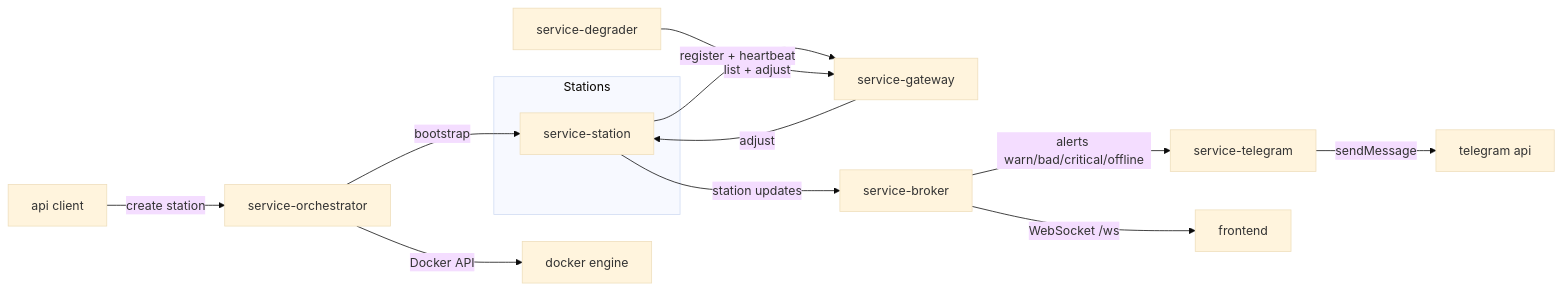
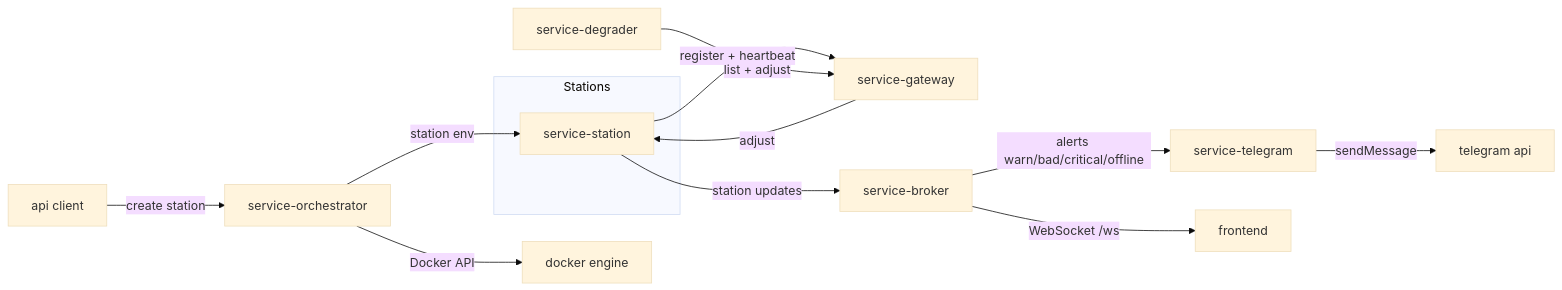
Before and after one commit to jseketa-fipu/vakula: the diagram in README.md, drawn with Mermaid (base theme). The commit also changed other lines of this file and 28 other files, not shown here.

````diff
--- a/README.md
+++ b/README.md
@@ -43,29 +43,29 @@
 ```mermaid
 flowchart LR
   subgraph Stations
     S[service-station]
   end
 
   GW[service-gateway]
   BR[service-broker]
   DG[service-degrader]
   TG[service-telegram]
   ORCH[service-orchestrator]
   FE[frontend]
   Client[api client]
   DOCKER[docker engine]
   TAPI[telegram api]
 
   S -->|register + heartbeat| GW
   DG -->|list + adjust| GW
   GW -->|adjust| S
 
   S -->|station updates| BR
   BR -->|WebSocket /ws| FE
   BR -->|alerts warn/bad/critical/offline| TG
   TG -->|sendMessage| TAPI
 
   Client -->|create station| ORCH
   ORCH -->|Docker API| DOCKER
-  ORCH -->|bootstrap| S
+  ORCH -->|station env| S
 ```
````
